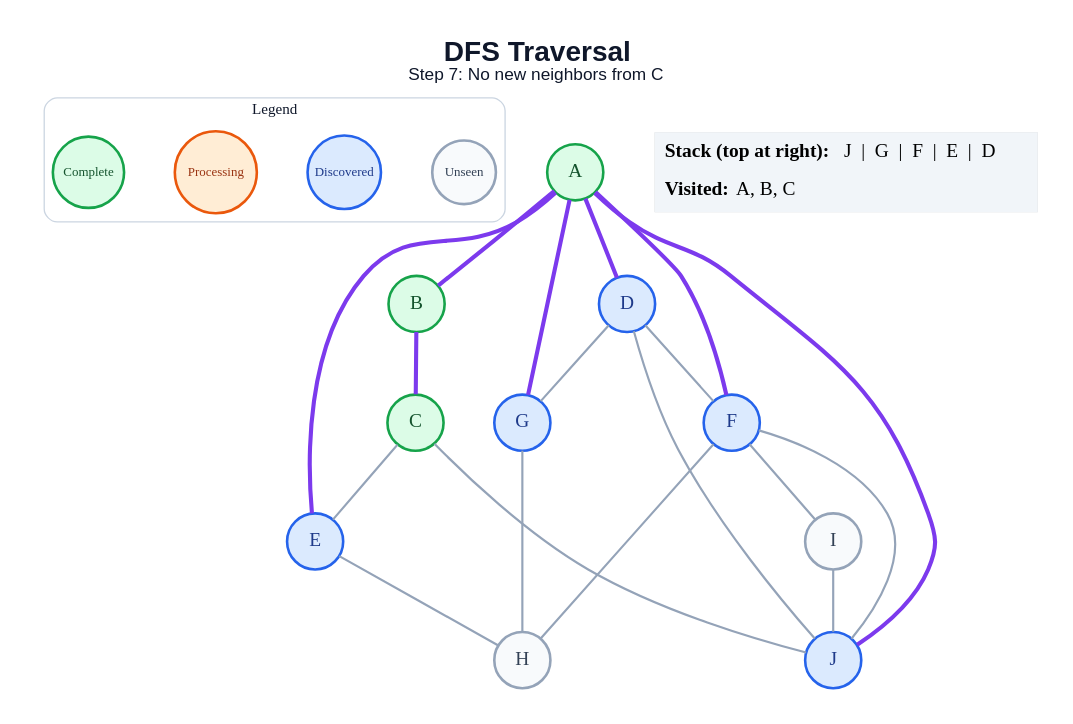
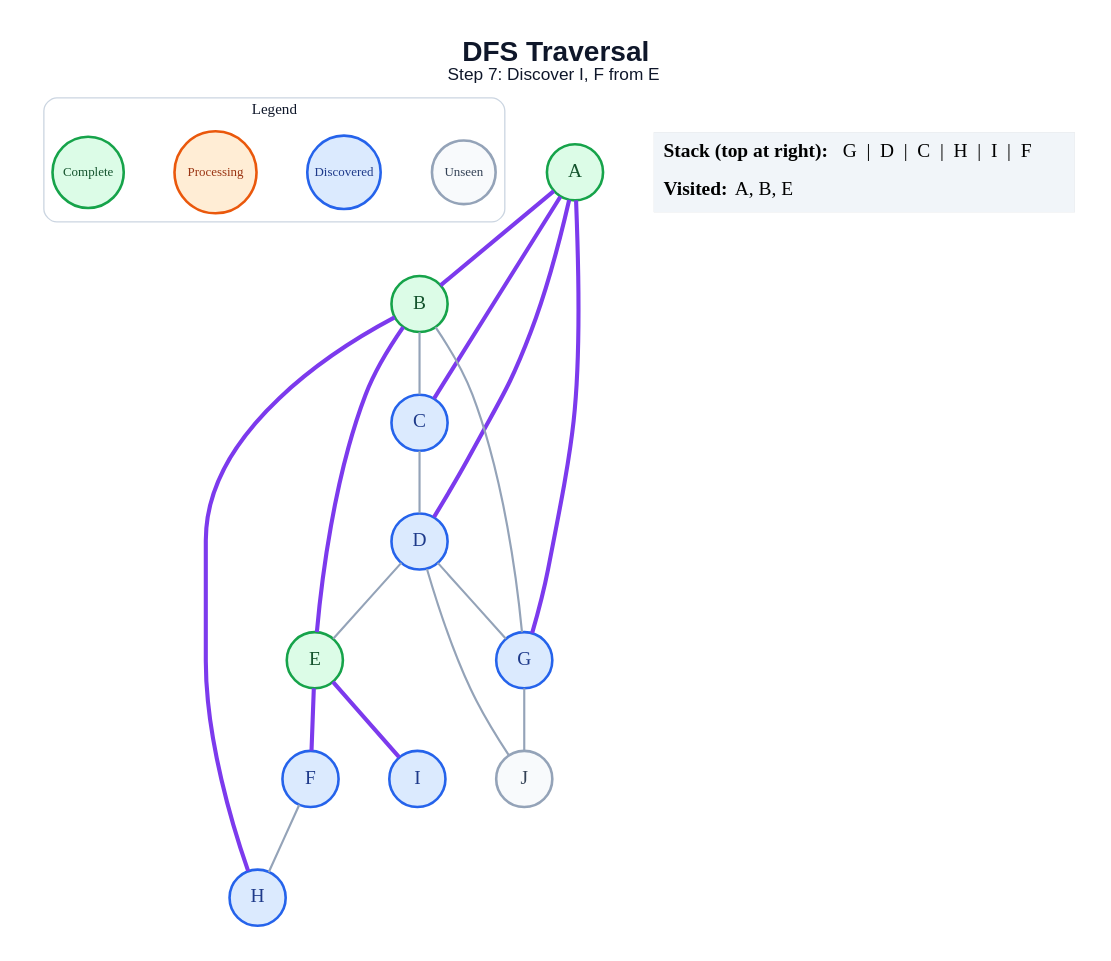
One commit to amanghodawala9/ai-slop changed the diagram in generated/dfs/step_07.dot. Above: the diagram before and after it, drawn with Graphviz. The commit also changed 178 other files, not shown here.

```diff
--- a/generated/dfs/step_07.dot
+++ b/generated/dfs/step_07.dot
@@ -1,47 +1,45 @@
 graph traversal {
   graph [layout=dot, rankdir=TB, bgcolor="#FFFFFF", pad="0.35", nodesep="0.65", ranksep="0.8", fontname="Arial"];
   node [shape=circle, style="filled", fontname="Arial Bold", fontsize=18, width=0.72, fixedsize=true, penwidth=2.4];
   edge [color="#94A3B8", penwidth=2.0];
-  label=<<B>DFS Traversal</B><BR/><FONT POINT-SIZE="16">Step 7: No new neighbors from C</FONT>>; labelloc="t"; fontsize=26; fontname="Arial"; fontcolor="#0F172A";
+  label=<<B>DFS Traversal</B><BR/><FONT POINT-SIZE="16">Step 7: Discover I, F from E</FONT>>; labelloc="t"; fontsize=26; fontname="Arial"; fontcolor="#0F172A";
   subgraph cluster_legend { label="Legend"; color="#CBD5E1"; penwidth=1.2; style="rounded"; fontsize=14; fontname="Arial Bold";
     key_unseen [label="Unseen", fillcolor="#F8FAFC", color="#94A3B8", fontcolor="#334155", fontsize=12, width=0.82];
     key_frontier [label="Discovered", fillcolor="#DBEAFE", color="#2563EB", fontcolor="#1E3A8A", fontsize=12, width=0.95];
     key_current [label="Processing", fillcolor="#FFEDD5", color="#EA580C", fontcolor="#9A3412", fontsize=12, width=1.05];
     key_done [label="Complete", fillcolor="#DCFCE7", color="#16A34A", fontcolor="#14532D", fontsize=12, width=0.92];
     { rank=same; key_unseen; key_frontier; key_current; key_done; }
   }
   A [fillcolor="#DCFCE7", color="#16A34A", fontcolor="#14532D"];
   B [fillcolor="#DCFCE7", color="#16A34A", fontcolor="#14532D"];
-  C [fillcolor="#DCFCE7", color="#16A34A", fontcolor="#14532D"];
+  C [fillcolor="#DBEAFE", color="#2563EB", fontcolor="#1E3A8A"];
   D [fillcolor="#DBEAFE", color="#2563EB", fontcolor="#1E3A8A"];
-  E [fillcolor="#DBEAFE", color="#2563EB", fontcolor="#1E3A8A"];
+  E [fillcolor="#DCFCE7", color="#16A34A", fontcolor="#14532D"];
   F [fillcolor="#DBEAFE", color="#2563EB", fontcolor="#1E3A8A"];
   G [fillcolor="#DBEAFE", color="#2563EB", fontcolor="#1E3A8A"];
-  H [fillcolor="#F8FAFC", color="#94A3B8", fontcolor="#334155"];
-  I [fillcolor="#F8FAFC", color="#94A3B8", fontcolor="#334155"];
-  J [fillcolor="#DBEAFE", color="#2563EB", fontcolor="#1E3A8A"];
+  H [fillcolor="#DBEAFE", color="#2563EB", fontcolor="#1E3A8A"];
+  I [fillcolor="#DBEAFE", color="#2563EB", fontcolor="#1E3A8A"];
+  J [fillcolor="#F8FAFC", color="#94A3B8", fontcolor="#334155"];
   A -- B [color="#7C3AED", penwidth=3.8];
+  A -- C [color="#7C3AED", penwidth=3.8];
   A -- D [color="#7C3AED", penwidth=3.8];
-  A -- E [color="#7C3AED", penwidth=3.8];
-  A -- F [color="#7C3AED", penwidth=3.8];
   A -- G [color="#7C3AED", penwidth=3.8];
-  A -- J [color="#7C3AED", penwidth=3.8];
-  B -- C [color="#7C3AED", penwidth=3.8];
-  C -- E;
-  C -- J;
-  D -- F;
+  B -- C;
+  B -- E [color="#7C3AED", penwidth=3.8];
+  B -- G;
+  B -- H [color="#7C3AED", penwidth=3.8];
+  C -- D;
+  D -- E;
   D -- G;
   D -- J;
-  E -- H;
+  E -- F [color="#7C3AED", penwidth=3.8];
+  E -- I [color="#7C3AED", penwidth=3.8];
   F -- H;
-  F -- I;
-  F -- J;
-  G -- H;
-  I -- J;
+  G -- J;
   status [shape=plain, fixedsize=false, width=0, height=0, margin=0, label=<
     <TABLE BORDER="0" CELLBORDER="0" CELLPADDING="7" BGCOLOR="#F1F5F9">
-      <TR><TD ALIGN="LEFT"><B>Stack (top at right):</B> J  |  G  |  F  |  E  |  D</TD></TR>
-      <TR><TD ALIGN="LEFT"><B>Visited:</B> A, B, C</TD></TR>
+      <TR><TD ALIGN="LEFT"><B>Stack (top at right):</B> G  |  D  |  C  |  H  |  I  |  F</TD></TR>
+      <TR><TD ALIGN="LEFT"><B>Visited:</B> A, B, E</TD></TR>
     </TABLE>
   >];
 }
```
